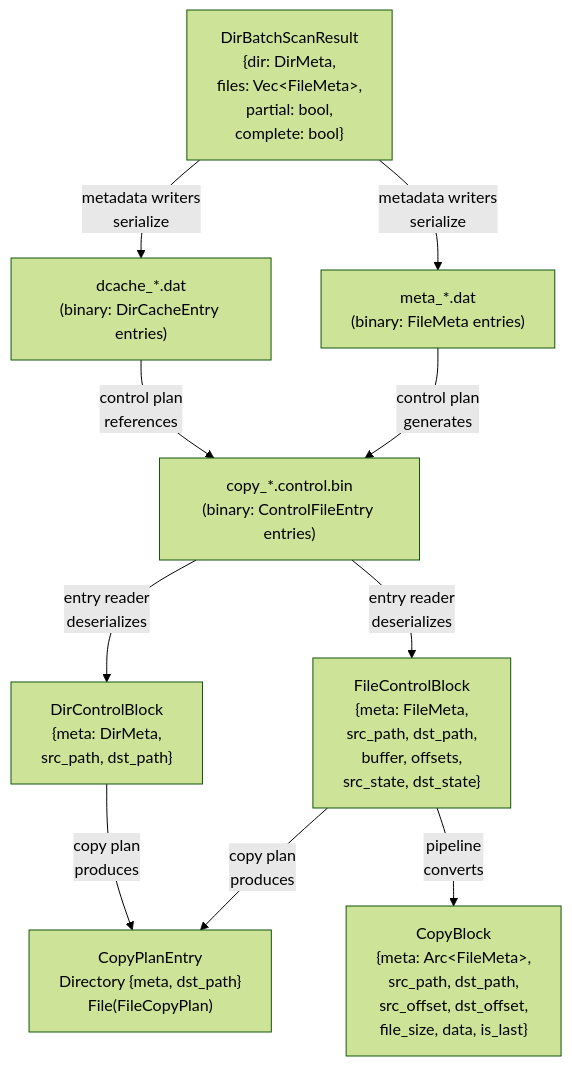
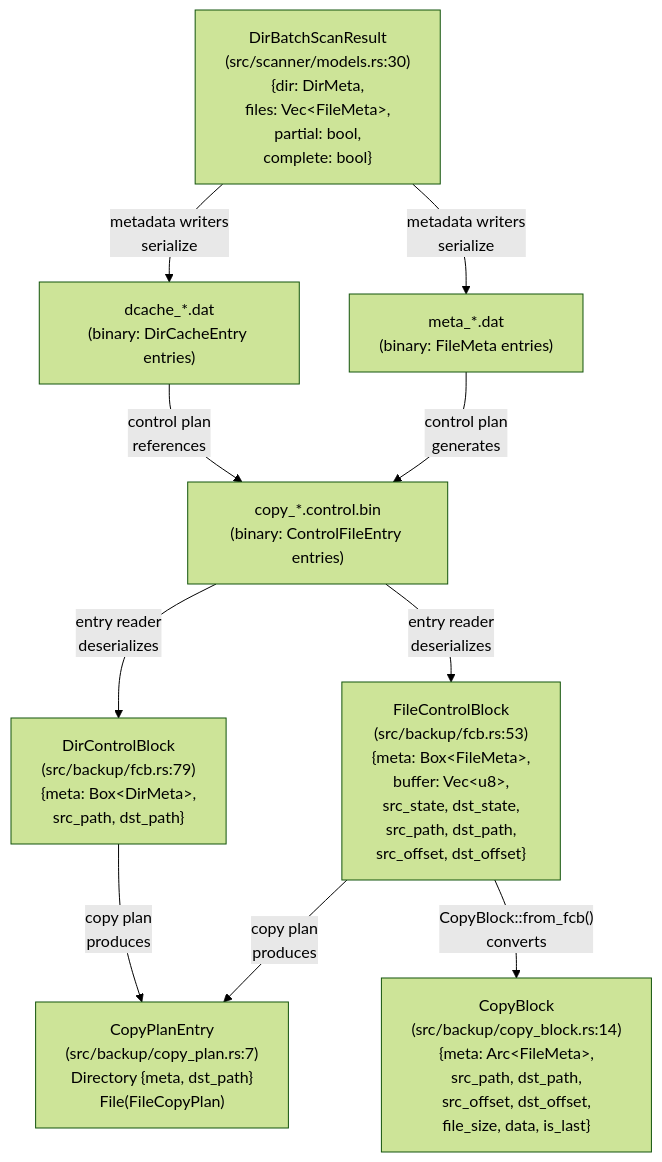
One commit to XUranus/fpt-rs changed the first of 8 diagrams in wiki/docs/architecture/data-flow.md. Above: the diagram before and after it, drawn with Mermaid (forest theme). The commit also changed other lines of this file and 60 other files, not shown here.

First line of the commit message:
Enhance wiki: code snippets, mermaid diagrams, i18n zh-CN support

````diff
--- a/wiki/docs/architecture/data-flow.md
+++ b/wiki/docs/architecture/data-flow.md
@@ -15,27 +15,27 @@
 ```mermaid
 graph TD
-    DBSR["DirBatchScanResult<br/>{dir: DirMeta,<br/>files: Vec&lt;FileMeta&gt;,<br/>partial: bool,<br/>complete: bool}"]
+    DBSR["DirBatchScanResult<br/>(src/scanner/models.rs:30)<br/>{dir: DirMeta,<br/>files: Vec&lt;FileMeta&gt;,<br/>partial: bool,<br/>complete: bool}"]
 
     META_FILE["meta_*.dat<br/>(binary: FileMeta entries)"]
     META_DIR["dcache_*.dat<br/>(binary: DirCacheEntry entries)"]
     CTRL_FILE["copy_*.control.bin<br/>(binary: ControlFileEntry entries)"]
 
-    FCB["FileControlBlock<br/>{meta: FileMeta,<br/>src_path, dst_path,<br/>buffer, offsets,<br/>src_state, dst_state}"]
+    FCB["FileControlBlock<br/>(src/backup/fcb.rs:53)<br/>{meta: Box&lt;FileMeta&gt;,<br/>buffer: Vec&lt;u8&gt;,<br/>src_state, dst_state,<br/>src_path, dst_path,<br/>src_offset, dst_offset}"]
 
-    DCB["DirControlBlock<br/>{meta: DirMeta,<br/>src_path, dst_path}"]
+    DCB["DirControlBlock<br/>(src/backup/fcb.rs:79)<br/>{meta: Box&lt;DirMeta&gt;,<br/>src_path, dst_path}"]
 
-    COPY_PLAN["CopyPlanEntry<br/>Directory {meta, dst_path}<br/>File(FileCopyPlan)"]
+    COPY_PLAN["CopyPlanEntry<br/>(src/backup/copy_plan.rs:7)<br/>Directory {meta, dst_path}<br/>File(FileCopyPlan)"]
 
-    COPY_BLOCK["CopyBlock<br/>{meta: Arc&lt;FileMeta&gt;,<br/>src_path, dst_path,<br/>src_offset, dst_offset,<br/>file_size, data, is_last}"]
+    COPY_BLOCK["CopyBlock<br/>(src/backup/copy_block.rs:14)<br/>{meta: Arc&lt;FileMeta&gt;,<br/>src_path, dst_path,<br/>src_offset, dst_offset,<br/>file_size, data, is_last}"]
 
     DBSR -->|"metadata writers<br/>serialize"| META_FILE
     DBSR -->|"metadata writers<br/>serialize"| META_DIR
     META_FILE -->|"control plan<br/>generates"| CTRL_FILE
     META_DIR -->|"control plan<br/>references"| CTRL_FILE
 
     CTRL_FILE -->|"entry reader<br/>deserializes"| FCB
     CTRL_FILE -->|"entry reader<br/>deserializes"| DCB
     FCB -->|"copy plan<br/>produces"| COPY_PLAN
     DCB -->|"copy plan<br/>produces"| COPY_PLAN
-    FCB -->|"pipeline<br/>converts"| COPY_BLOCK
+    FCB -->|"CopyBlock::from_fcb()<br/>converts"| COPY_BLOCK
 ```
````
